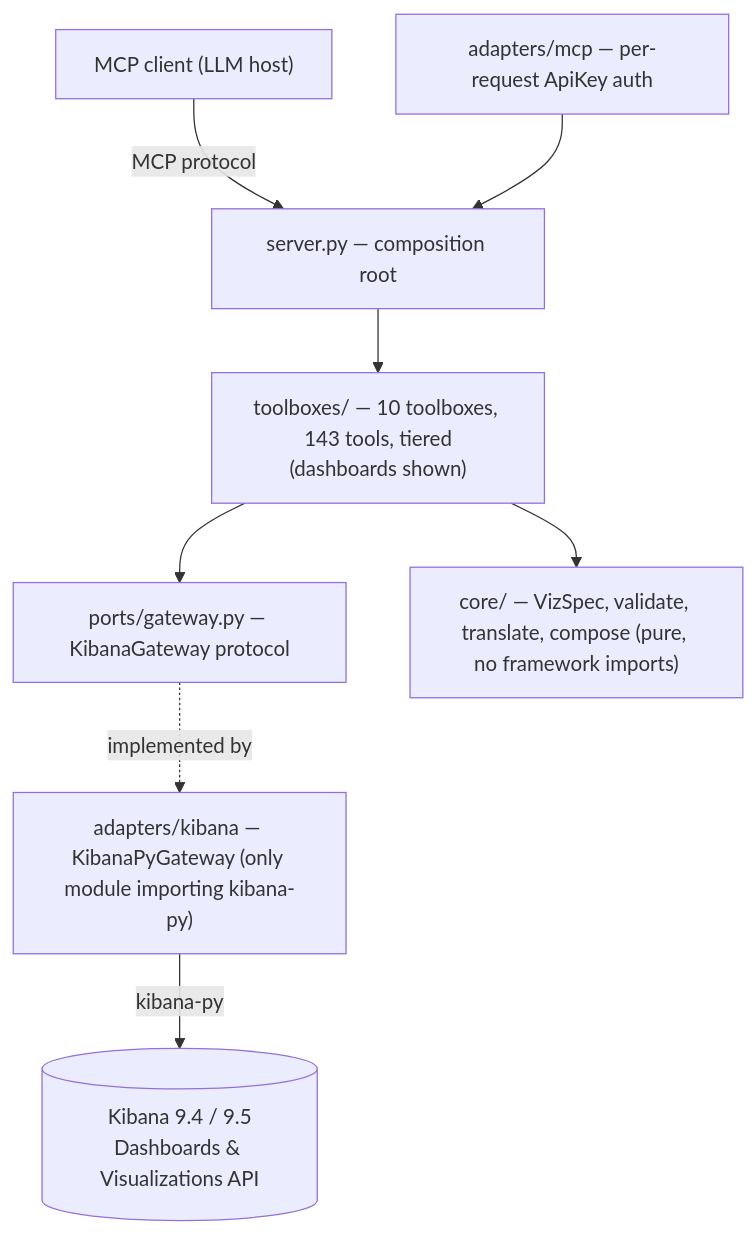
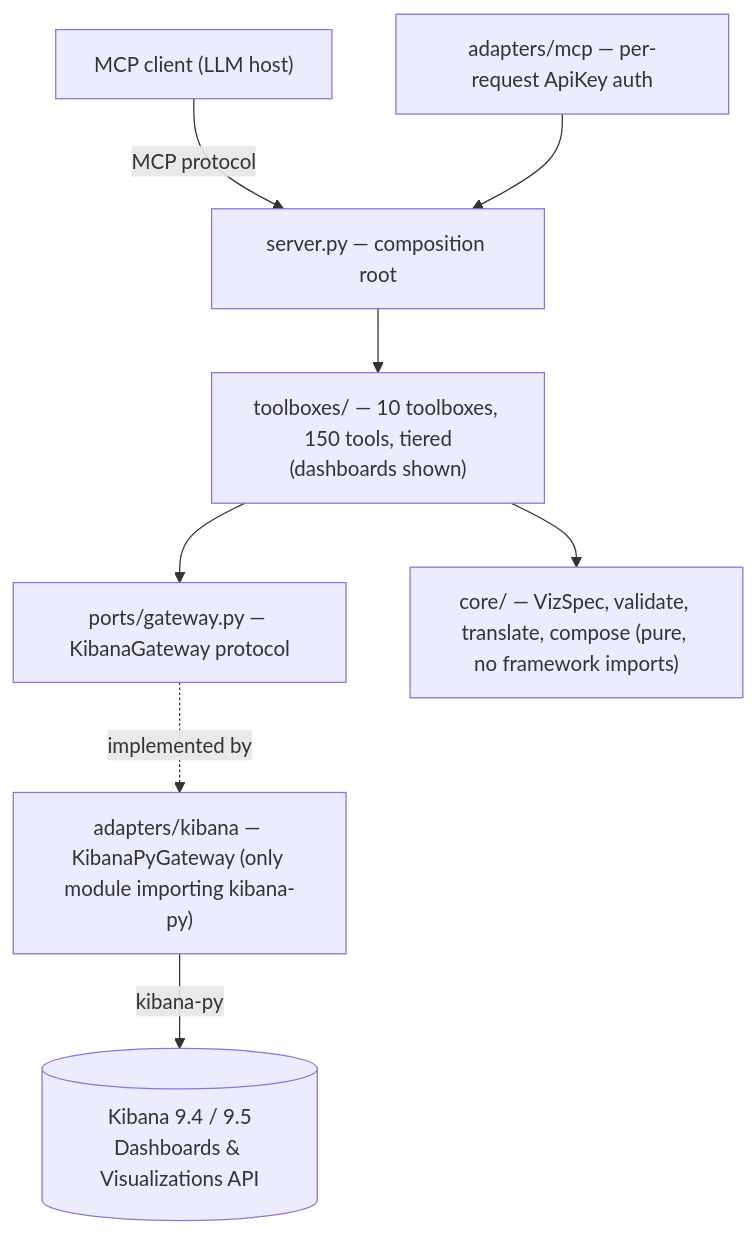
Before and after one commit to pedro-angel/mcp-for-kibana: the second of 4 diagrams in docs/architecture.md, drawn with Mermaid. The commit also changed other lines of this file and 32 other files, not shown here.

````diff
--- a/docs/architecture.md
+++ b/docs/architecture.md
@@ -47,10 +47,10 @@
 ```mermaid
 flowchart TD
     Client["MCP client (LLM host)"] -->|MCP protocol| Server
     AuthAdapter["adapters/mcp — per-request ApiKey auth"] --> Server
-    Server["server.py — composition root"] --> Toolboxes["toolboxes/ — 10 toolboxes, 143 tools, tiered<br/>(dashboards shown)"]
+    Server["server.py — composition root"] --> Toolboxes["toolboxes/ — 10 toolboxes, 150 tools, tiered<br/>(dashboards shown)"]
     Toolboxes --> Ports["ports/gateway.py — KibanaGateway protocol"]
     Toolboxes --> Core["core/ — VizSpec, validate, translate, compose (pure, no framework imports)"]
     Ports -. implemented by .-> KibanaAdapter["adapters/kibana — KibanaPyGateway (only module importing kibana-py)"]
     KibanaAdapter -->|kibana-py| Kibana[("Kibana 9.4 / 9.5\nDashboards & Visualizations API")]
 ```
````
